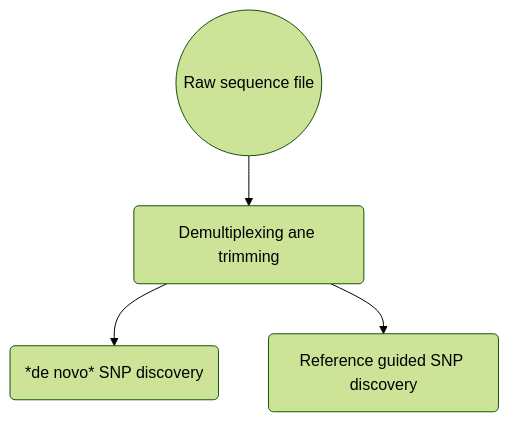
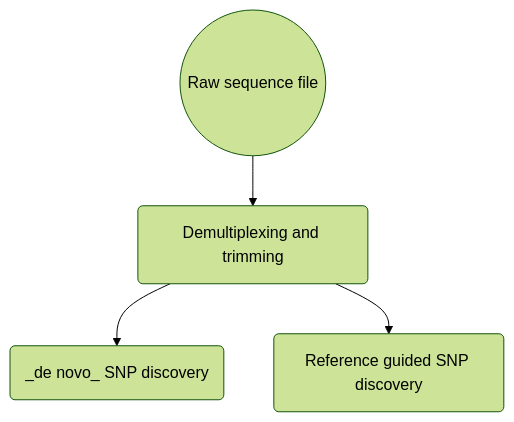
One commit to UC-ConSERT/Welcome-to-ConSERT changed the diagram in 5_Intro_to_GBSdata/README.md. Above: the diagram before and after it, drawn with Mermaid (forest theme). The commit also changed other lines of this file, not shown here.

Commit message:
Update GBS README

````diff
--- a/5_Intro_to_GBSdata/README.md
+++ b/5_Intro_to_GBSdata/README.md
@@ -4,6 +4,6 @@
  ```mermaid
  flowchart TD
     A((Raw sequence file)) --> B(Demultiplexing and trimming)
-    B(Demultiplexing and trimming) --> C(*de novo* SNP discovery)
-    B(Demultiplexing ane trimming) --> D(Reference guided SNP discovery)
+    B(Demultiplexing and trimming) --> C(_de novo_ SNP discovery)
+    B(Demultiplexing and trimming) --> D(Reference guided SNP discovery)
 ```
````
